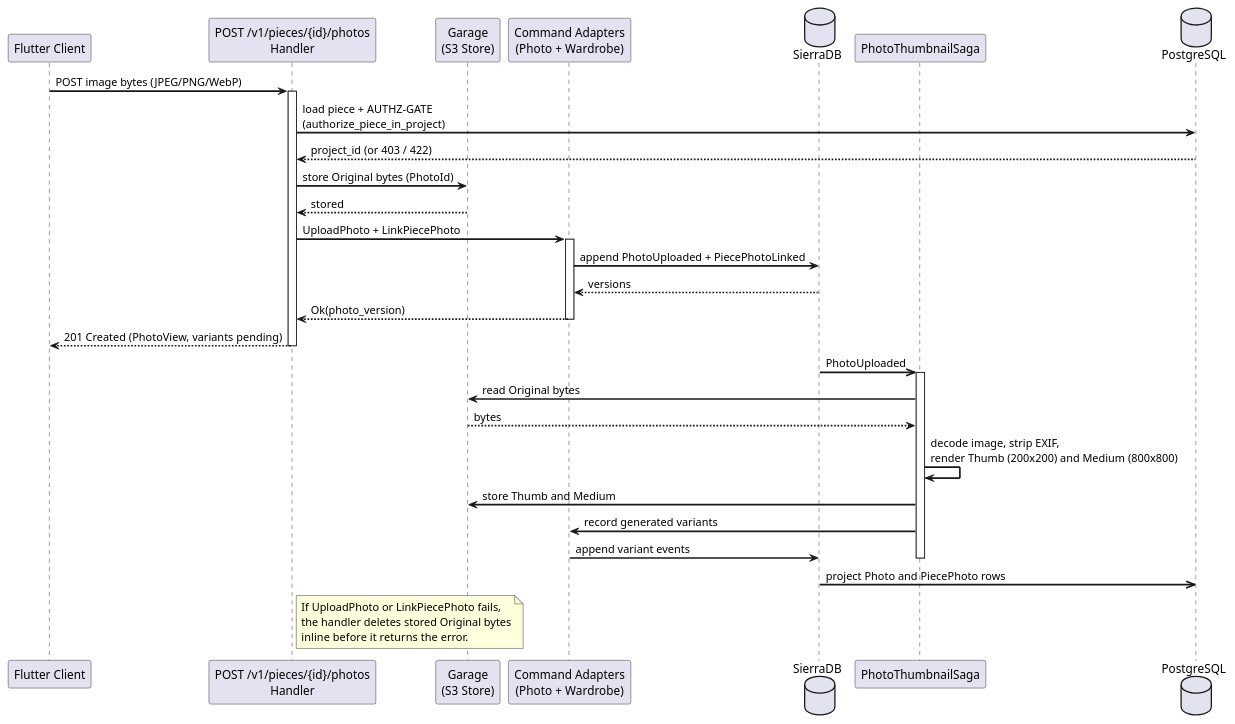
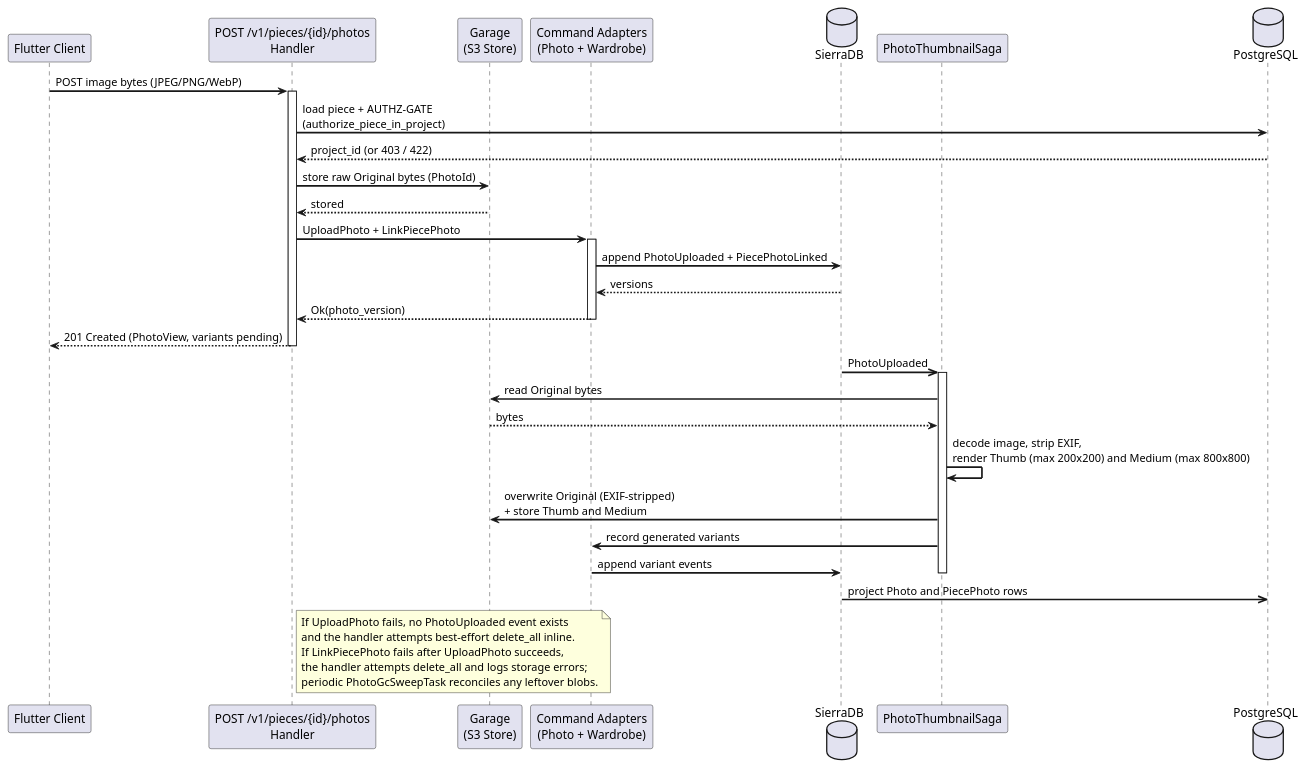
Before and after one commit to tradem/breakdown-rs: the diagram in backend/docs/architecture/diagrams/photo-upload-saga-sequence.puml, drawn with PlantUML. The commit also changed 24 other files, not shown here.

```diff
--- a/backend/docs/architecture/diagrams/photo-upload-saga-sequence.puml
+++ b/backend/docs/architecture/diagrams/photo-upload-saga-sequence.puml
@@ -1,53 +1,55 @@
 @startuml photo-upload-saga-sequence
 ' SPDX-License-Identifier: AGPL-3.0
 ' Copyright (C) 2024-2026 Breakdown RS Contributors
 ' Co-authored-by: kimi-k3 (neuralwatt)
 ' Co-authored-by: gemini-4-carbon (google)
 '
-' Runtime view: piece photo upload with inline compensation and thumbnail saga.
+' Runtime view: piece photo upload with best-effort cleanup and thumbnail saga.
 
 skinparam shadowing false
 skinparam sequenceArrowThickness 2
 
 participant "Flutter Client" as client
 participant "POST /v1/pieces/{id}/photos\nHandler" as api
 participant "Garage\n(S3 Store)" as s3
 participant "Command Adapters\n(Photo + Wardrobe)" as svc
 database "SierraDB" as es
 participant "PhotoThumbnailSaga" as saga
 database "PostgreSQL" as pg
 
 client -> api : POST image bytes (JPEG/PNG/WebP)
 activate api
 api -> pg : load piece + AUTHZ-GATE\n(authorize_piece_in_project)
 pg --> api : project_id (or 403 / 422)
-api -> s3 : store Original bytes (PhotoId)
+api -> s3 : store raw Original bytes (PhotoId)
 s3 --> api : stored
 api -> svc : UploadPhoto + LinkPiecePhoto
 activate svc
 svc -> es : append PhotoUploaded + PiecePhotoLinked
 es --> svc : versions
 svc --> api : Ok(photo_version)
 deactivate svc
 api --> client : 201 Created (PhotoView, variants pending)
 deactivate api
 
 es ->> saga : PhotoUploaded
 activate saga
 saga -> s3 : read Original bytes
 s3 --> saga : bytes
-saga -> saga : decode image, strip EXIF,\nrender Thumb (200x200) and Medium (800x800)
-saga -> s3 : store Thumb and Medium
+saga -> saga : decode image, strip EXIF,\nrender Thumb (max 200x200) and Medium (max 800x800)
+saga -> s3 : overwrite Original (EXIF-stripped)\n+ store Thumb and Medium
 saga -> svc : record generated variants
 svc -> es : append variant events
 deactivate saga
 
 es ->> pg : project Photo and PiecePhoto rows
 
 note right of api
-  If UploadPhoto or LinkPiecePhoto fails,
-  the handler deletes stored Original bytes
-  inline before it returns the error.
+  If UploadPhoto fails, no PhotoUploaded event exists
+  and the handler attempts best-effort delete_all inline.
+  If LinkPiecePhoto fails after UploadPhoto succeeds,
+  the handler attempts delete_all and logs storage errors;
+  periodic PhotoGcSweepTask reconciles any leftover blobs.
 end note
 
 @enduml
```
